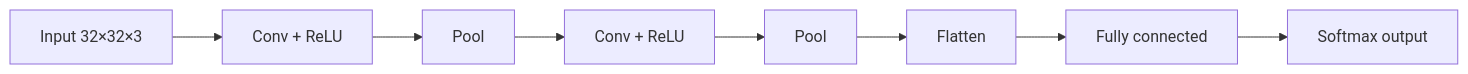
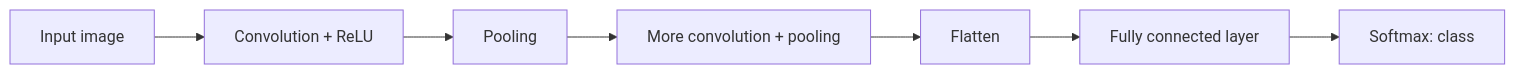
The diagram in content/deep-learning/pyq/2023-12/q3a.mdx (TrendySloth1001/sem-seven-notes), drawn with Mermaid before and after one commit. The commit also changed other lines of this file and 186 other files, not shown here.

````diff
--- a/content/deep-learning/pyq/2023-12/q3a.mdx
+++ b/content/deep-learning/pyq/2023-12/q3a.mdx
@@ -18,11 +13,10 @@
 ```mermaid
-%% caption: CNN architecture. Convolution, ReLU and pooling extract features; flatten, fully connected and softmax classify.
+%% caption: The architecture of a CNN. The left part extracts features, the right part classifies.
 flowchart LR
-  A["Input 32×32×3"] --> B["Conv + ReLU"]
-  B --> C["Pool"]
-  C --> D["Conv + ReLU"]
-  D --> E["Pool"]
-  E --> F["Flatten"]
-  F --> G["Fully connected"]
-  G --> H["Softmax output"]
+  A["Input image"] --> B["Convolution + ReLU"]
+  B --> C["Pooling"]
+  C --> D["More convolution + pooling"]
+  D --> E["Flatten"]
+  E --> F["Fully connected layer"]
+  F --> G["Softmax: class"]
 ```
````
